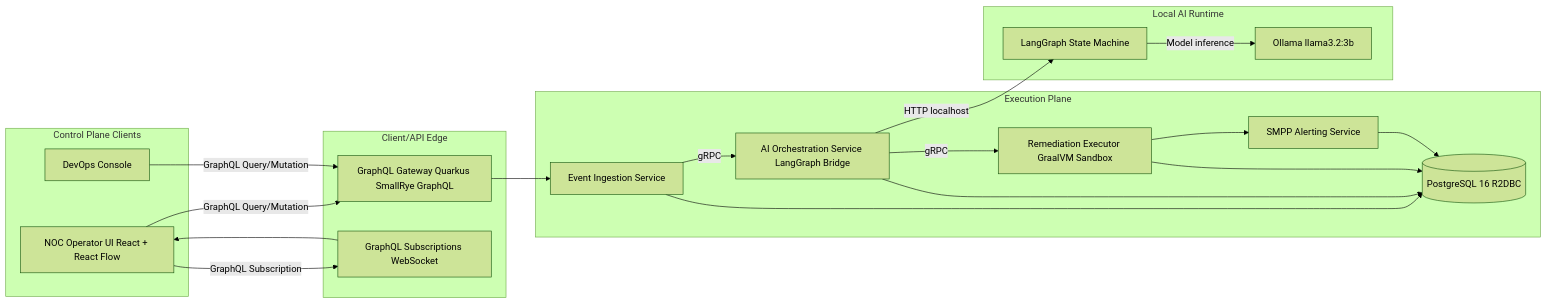
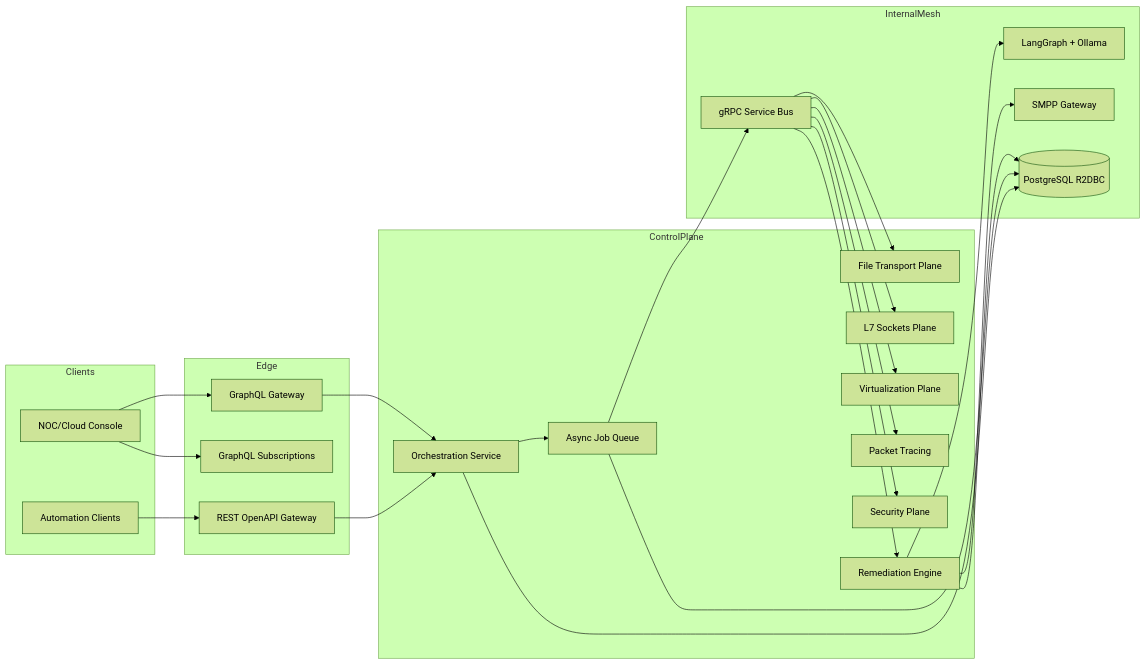
The first of 2 diagrams in docs/hld-lld.md (ajaychaurasia25921/reactor), drawn with Mermaid (forest theme) before and after one commit. The commit also changed other lines of this file and 2 other files, not shown here.

````diff
--- a/docs/hld-lld.md
+++ b/docs/hld-lld.md
@@ -16,40 +12,50 @@
 ```mermaid
 flowchart LR
-  subgraph Clients[Control Plane Clients]
-    NOC[NOC Operator UI React + React Flow]
-    DEVOPS[DevOps Console]
+  subgraph Clients
+    UI[NOC/Cloud Console]
+    APIUsers[Automation Clients]
   end
 
-  subgraph Edge[Client/API Edge]
-    GQL[GraphQL Gateway Quarkus SmallRye GraphQL]
-    SUB[GraphQL Subscriptions WebSocket]
+  subgraph Edge
+    GQL[GraphQL Gateway]
+    REST[REST OpenAPI Gateway]
+    WS[GraphQL Subscriptions]
   end
 
-  subgraph Core[Execution Plane]
-    EVT[Event Ingestion Service]
-    ORCH[AI Orchestration Service LangGraph Bridge]
-    REM[Remediation Executor GraalVM Sandbox]
-    ALERT[SMPP Alerting Service]
-    DB[(PostgreSQL 16 R2DBC)]
+  subgraph ControlPlane
+    ORCH[Orchestration Service]
+    JOBS[Async Job Queue]
+    REM[Remediation Engine]
+    FILE[File Transport Plane]
+    L7[L7 Sockets Plane]
+    VIRT[Virtualization Plane]
+    TRACE[Packet Tracing]
+    SEC[Security Plane]
   end
 
-  subgraph AI[Local AI Runtime]
-    OLL[Ollama llama3.2:3b]
-    LG[LangGraph State Machine]
+  subgraph InternalMesh
+    GRPC[gRPC Service Bus]
+    AI[LangGraph + Ollama]
+    SMS[SMPP Gateway]
+    DB[(PostgreSQL R2DBC)]
   end
 
-  NOC -->|GraphQL Query/Mutation| GQL
-  DEVOPS -->|GraphQL Query/Mutation| GQL
-  NOC -->|GraphQL Subscription| SUB
-  GQL --> EVT
-  EVT -->|gRPC| ORCH
-  ORCH -->|HTTP localhost| LG
-  LG -->|Model inference| OLL
-  ORCH -->|gRPC| REM
-  REM --> ALERT
-  EVT --> DB
+  UI --> GQL
+  UI --> WS
+  APIUsers --> REST
+  GQL --> ORCH
+  REST --> ORCH
+  ORCH --> JOBS
+  JOBS --> GRPC
+  GRPC --> FILE
+  GRPC --> L7
+  GRPC --> VIRT
+  GRPC --> TRACE
+  GRPC --> SEC
+  GRPC --> REM
+  REM --> AI
+  REM --> SMS
   ORCH --> DB
+  JOBS --> DB
   REM --> DB
-  ALERT --> DB
-  SUB --> NOC
 ```
````
